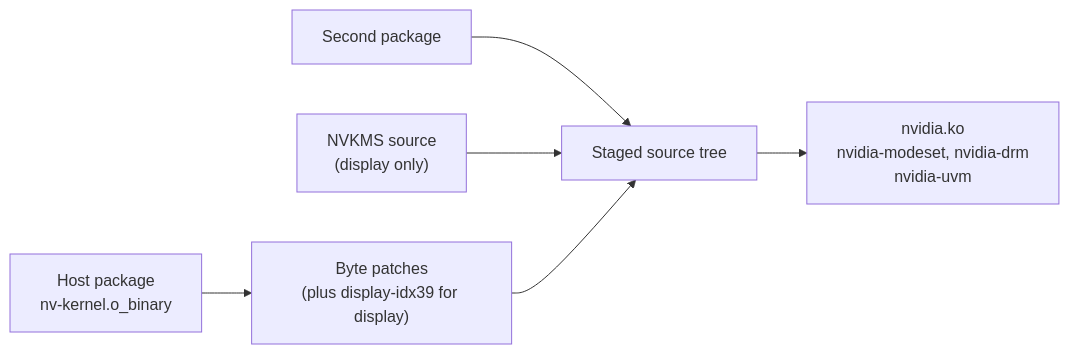
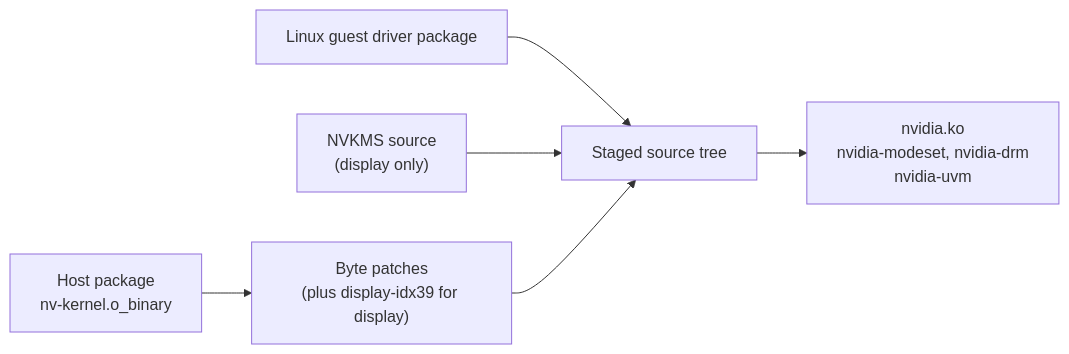
One commit to noon-at-cgn/geforce-sriov changed the diagram in docs/driver-patch.md. Above: the diagram before and after it, drawn with Mermaid. The commit also changed other lines of this file and 6 other files, not shown here.

Commit message:
docs: name each NVIDIA input precisely (host driver, Linux guest driver package, public kernel module source)

````diff
--- a/docs/driver-patch.md
+++ b/docs/driver-patch.md
@@ -330,8 +330,8 @@
 ```mermaid
 flowchart LR
     host["Host package<br/>nv-kernel.o_binary"] --> rev["Byte patches<br/>(plus display-idx39 for display)"]
-    second["Second package"] --> stage["Staged source tree"]
+    second["Linux guest driver package"] --> stage["Staged source tree"]
     nvkms["NVKMS source<br/>(display only)"] --> stage
     rev --> stage
     stage --> mods["nvidia.ko<br/>nvidia-modeset, nvidia-drm<br/>nvidia-uvm"]
 ```
````
